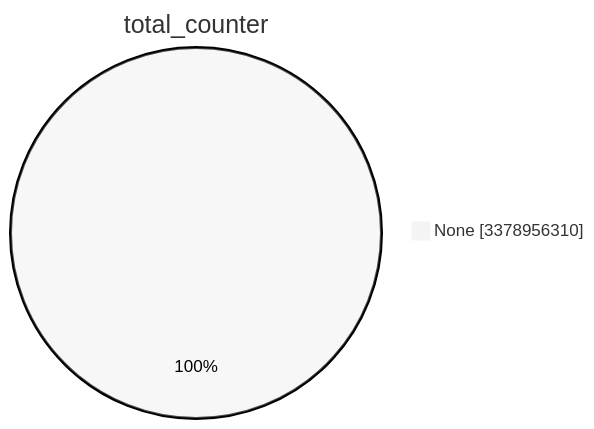
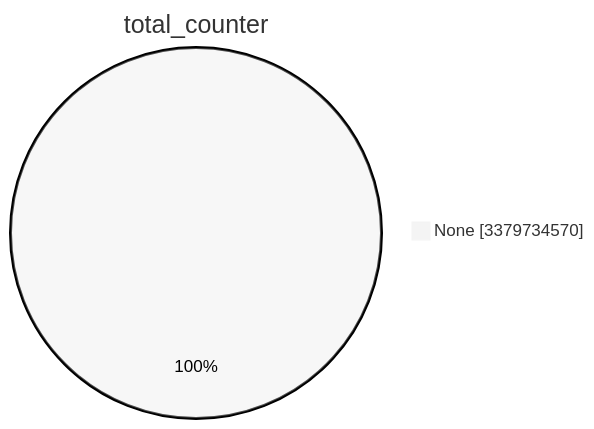
Before and after one commit to christiankrug/ctmonitor_visualization: the first of 15 diagrams in TOTAL/README.md, drawn with Mermaid (neutral theme). The commit also changed other lines of this file, not shown here.

````diff
--- a/TOTAL/README.md
+++ b/TOTAL/README.md
@@ -1,5 +1,5 @@
 ```mermaid
 pie showData
 title total_counter
-"None" :3378956310
+"None" :3379734570
 ```
````
